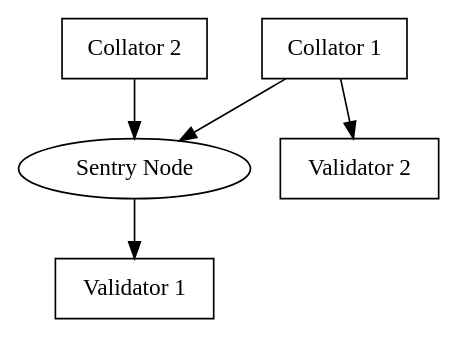
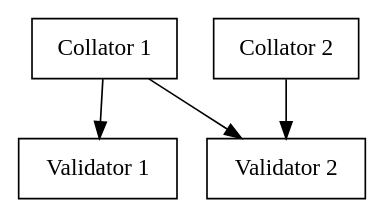
One commit to paritytech/polkadot changed the first of 2 diagrams in roadmap/implementers-guide/src/node/collators/collator-protocol.md. Above: the diagram before and after it, drawn with Graphviz. The commit also changed other lines of this file, not shown here.

Commit message:
remove references to sentry nodes

````diff
--- a/roadmap/implementers-guide/src/node/collators/collator-protocol.md
+++ b/roadmap/implementers-guide/src/node/collators/collator-protocol.md
@@ -72,15 +46,13 @@
 ```dot process
 digraph {
   c1 [shape=MSquare, label="Collator 1"];
   c2 [shape=MSquare, label="Collator 2"];
 
-  s1 [label = "Sentry Node"];
-
   v1 [shape=MSquare, label="Validator 1"];
   v2 [shape=MSquare, label="Validator 2"];
 
-  c1 -> s1 -> v1;
-  c2 -> s1;
+  c1 -> v1;
   c1 -> v2;
+  c2 -> v2;
 }
 ```
````
